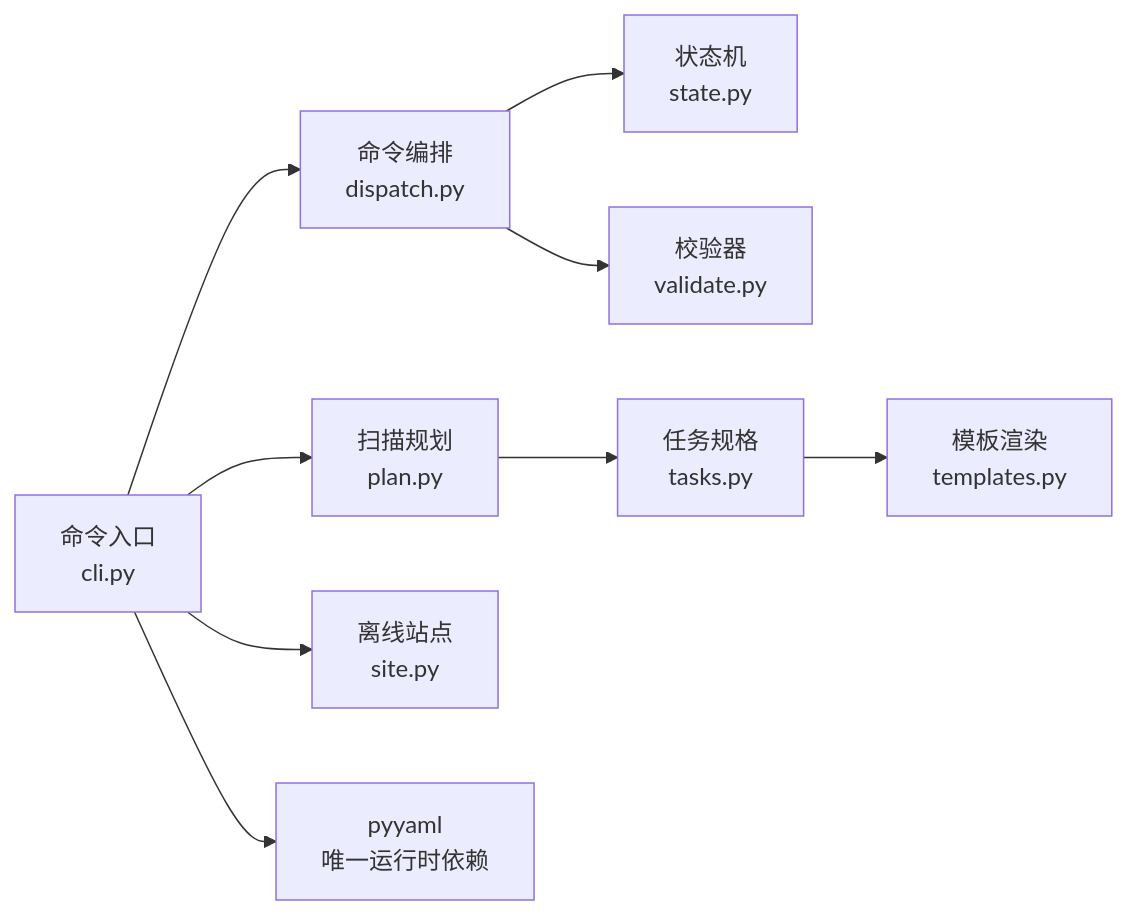
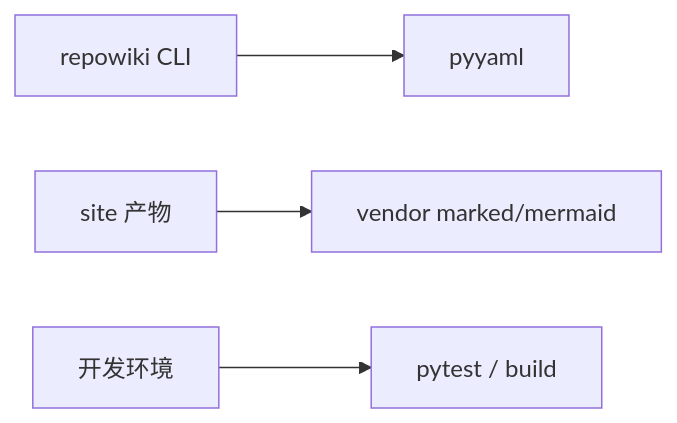
Before and after one commit to luomsis/repowiki: the second of 2 diagrams in .repowiki/zh/content/项目概述/项目概述.md, drawn with Mermaid. The commit also changed other lines of this file and 100 other files, not shown here.

````diff
--- a/.repowiki/zh/content/项目概述/项目概述.md
+++ b/.repowiki/zh/content/项目概述/项目概述.md
@@ -163,11 +133,6 @@
 ```mermaid
 graph LR
-CLI["命令入口<br/>cli.py"] --> PLAN["扫描规划<br/>plan.py"]
-CLI --> DISPATCH["命令编排<br/>dispatch.py"]
-CLI --> SITE["离线站点<br/>site.py"]
-DISPATCH --> STATE["状态机<br/>state.py"]
-DISPATCH --> VAL["校验器<br/>validate.py"]
-PLAN --> TASKS["任务规格<br/>tasks.py"]
-TASKS --> TPL["模板渲染<br/>templates.py"]
-CLI --> EXT["pyyaml<br/>唯一运行时依赖"]
+CLI["repowiki CLI"] --> Y["pyyaml"]
+SITE["site 产物"] --> V["vendor marked/mermaid"]
+DEV["开发环境"] --> PY["pytest / build"]
 ```
````
